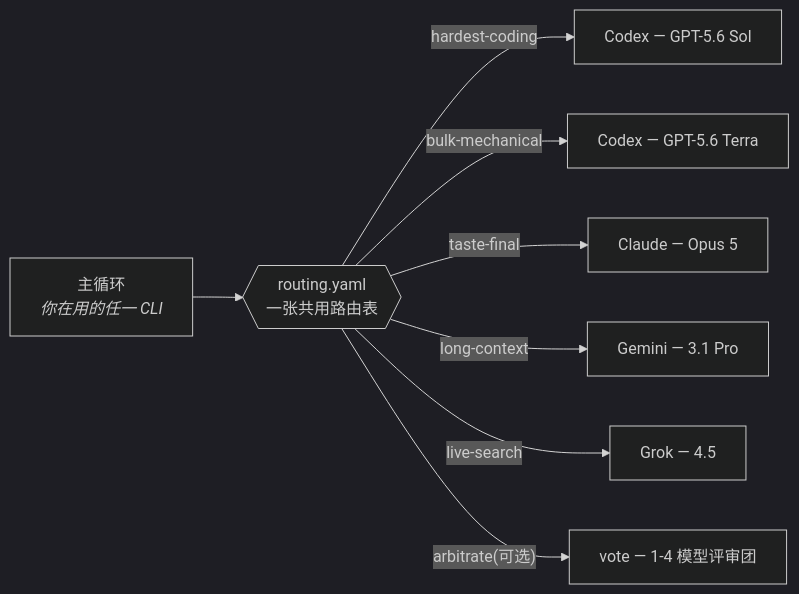
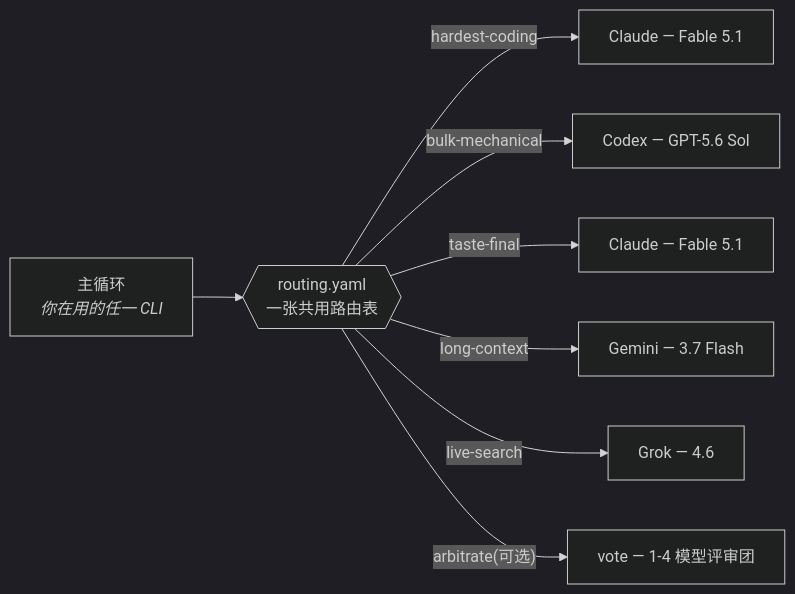
Before and after one commit to Seraphim0916/omnilane: the diagram in README.zh-CN.md, drawn with Mermaid (dark theme). The commit also changed other lines of this file and 17 other files, not shown here.

````diff
--- a/README.zh-CN.md
+++ b/README.zh-CN.md
@@ -72,10 +72,10 @@
 ```mermaid
 flowchart LR
     M["主循环<br/><i>你在用的任一 CLI</i>"] --> T{{"routing.yaml<br/>一张共用路由表"}}
-    T -->|hardest-coding| C1["Codex — GPT-5.6 Sol"]
-    T -->|bulk-mechanical| C2["Codex — GPT-5.6 Terra"]
-    T -->|taste-final| C3["Claude — Opus 5"]
-    T -->|long-context| C4["Gemini — 3.1 Pro"]
-    T -->|live-search| C5["Grok — 4.5"]
+    T -->|hardest-coding| C1["Claude — Fable 5.1"]
+    T -->|bulk-mechanical| C2["Codex — GPT-5.6 Sol"]
+    T -->|taste-final| C3["Claude — Fable 5.1"]
+    T -->|long-context| C4["Gemini — 3.7 Flash"]
+    T -->|live-search| C5["Grok — 4.6"]
     T -->|"arbitrate(可选)"| C6["vote — 1-4 模型评审团"]
 ```
````
